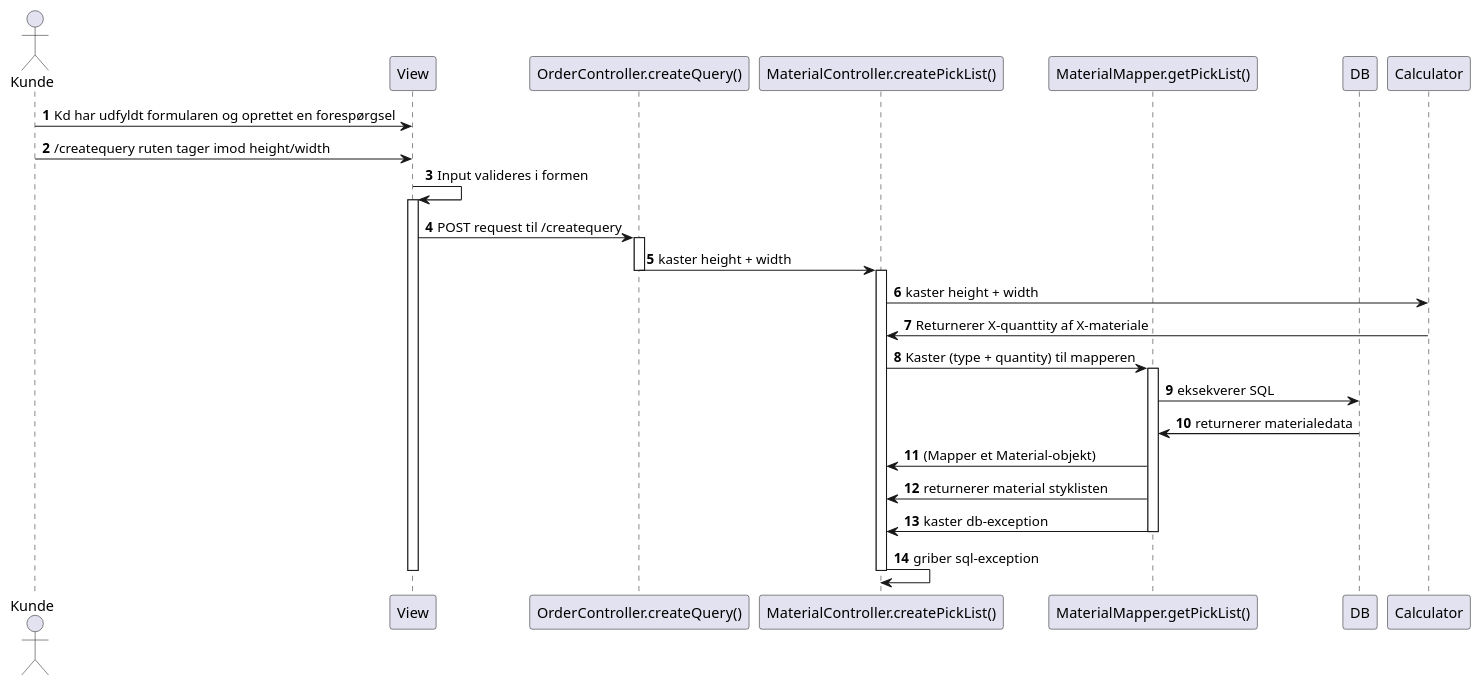
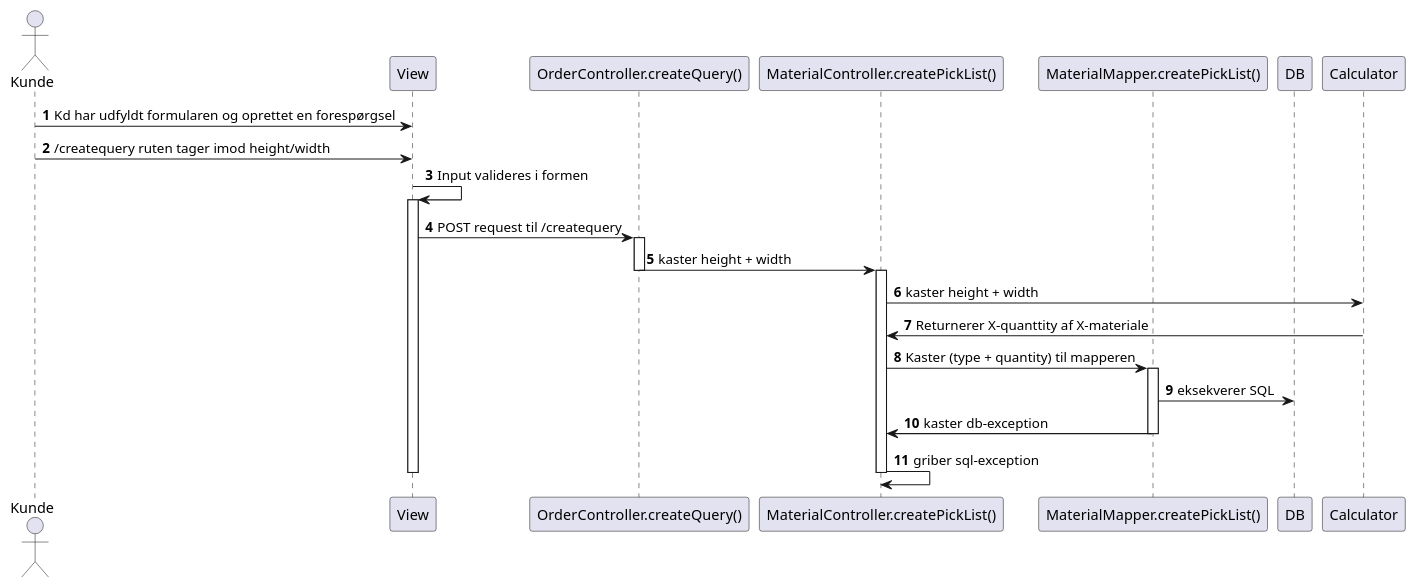
One commit to mridrisisci/fog-projekt changed the diagram in docs/Sequence diagrams/us3-beregn-stykliste.puml. Above: the diagram before and after it, drawn with PlantUML.

Commit message:
opdateret sekv. diagram

```diff
--- a/docs/Sequence diagrams/us3-beregn-stykliste.puml
+++ b/docs/Sequence diagrams/us3-beregn-stykliste.puml
@@ -1,39 +1,36 @@
 @startuml
 'https://plantuml.com/sequence-diagram
 
 autonumber
 
 Actor Kunde
 participant View as V
 participant "OrderController.createQuery()" as C
 participant "MaterialController.createPickList()" as C2
-participant "MaterialMapper.getPickList()" as M
+participant "MaterialMapper.createPickList()" as M
 participant DB
 participant Calculator
 
 Kunde -> V: Kd har udfyldt formularen og oprettet en forespørgsel
 Kunde -> V: /createquery ruten tager imod height/width
 V -> V: Input valideres i formen
 activate V
 V -> C: POST request til /createquery
 activate C
 C -> C2: kaster height + width
 deactivate C
 activate C2
 C2 -> Calculator: kaster height + width
 Calculator -> C2: Returnerer X-quanttity af X-materiale
 deactivate Calculator
 C2 -> M: Kaster (type + quantity) til mapperen
 activate M
 M -> DB: eksekverer SQL
-DB -> M: returnerer materialedata
-M -> C2: (Mapper et Material-objekt)
-M -> C2: returnerer material styklisten
 M -> C2: kaster db-exception
 deactivate M
 C2 -> C2: griber sql-exception
 
 deactivate C2
 
 deactivate V
 @enduml
```
